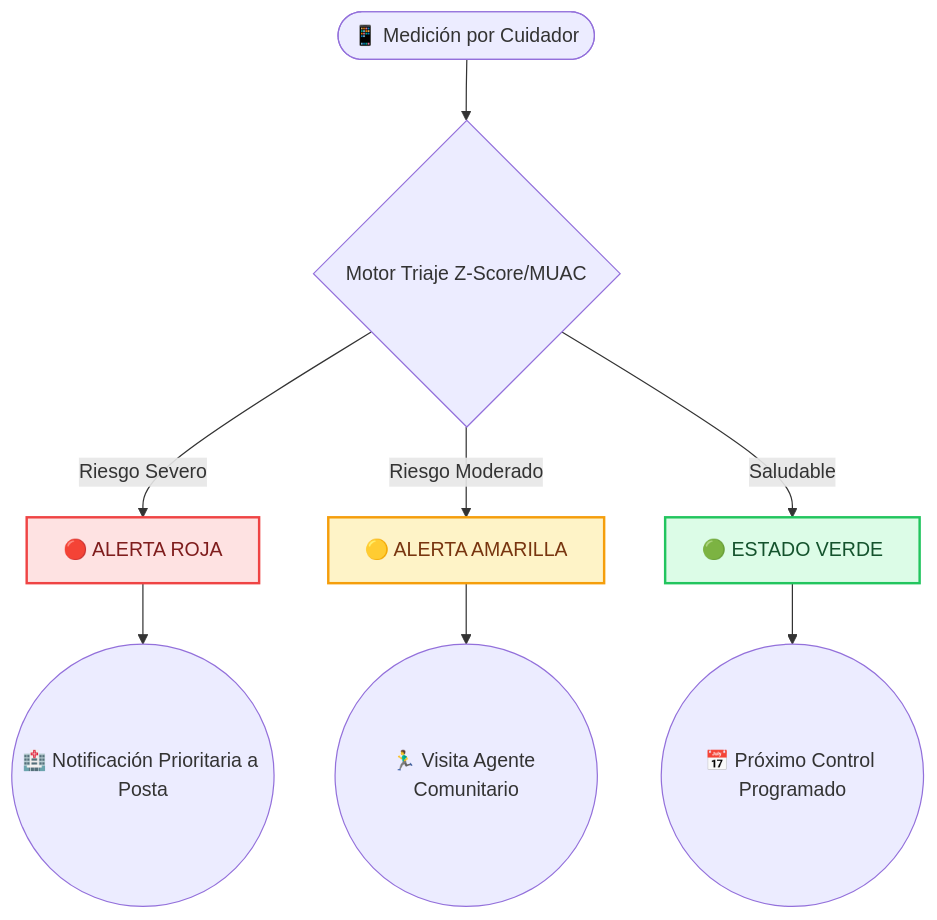
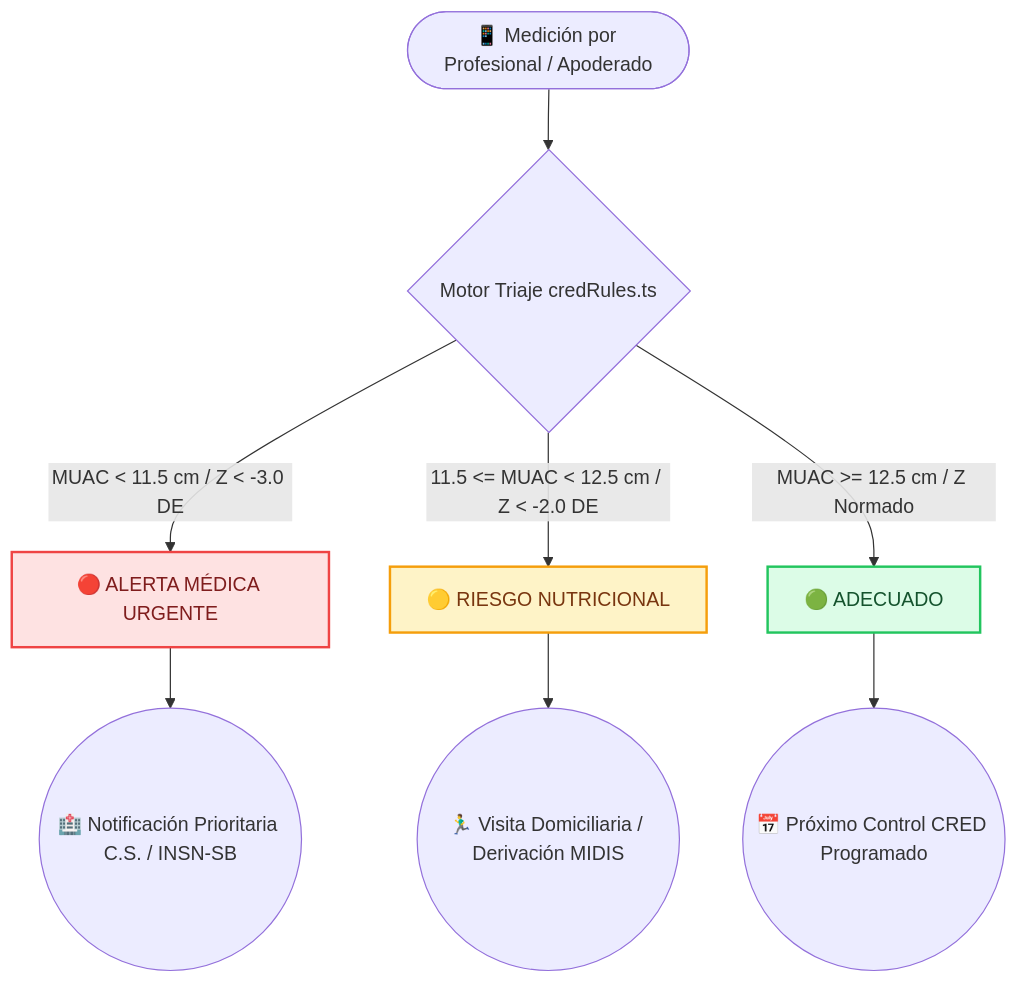
Before and after one commit to luzylay/NutriCRED-PWA: the diagram in docs/CLINICAL_RULES.md, drawn with Mermaid. The commit also changed other lines of this file and 5 other files, not shown here.

````diff
--- a/docs/CLINICAL_RULES.md
+++ b/docs/CLINICAL_RULES.md
@@ -7,15 +9,15 @@
 ```mermaid
 graph TD
-    A([📱 Medición por Cuidador]) --> B{Motor Triaje Z-Score/MUAC}
-    B -->|Riesgo Severo| C[🔴 ALERTA ROJA]
-    B -->|Riesgo Moderado| D[🟡 ALERTA AMARILLA]
-    B -->|Saludable| E[🟢 ESTADO VERDE]
+    A([📱 Medición por Profesional / Apoderado]) --> B{Motor Triaje credRules.ts}
+    B -->|MUAC < 11.5 cm / Z < -3.0 DE| C[🔴 ALERTA MÉDICA URGENTE]
+    B -->|11.5 <= MUAC < 12.5 cm / Z < -2.0 DE| D[🟡 RIESGO NUTRICIONAL]
+    B -->|MUAC >= 12.5 cm / Z Normado| E[🟢 ADECUADO]
     
-    C --> F((🏥 Notificación Prioritaria a Posta))
-    D --> G((🏃‍♂️ Visita Agente Comunitario))
-    E --> H((📅 Próximo Control Programado))
+    C --> F((🏥 Notificación Prioritaria C.S. / INSN-SB))
+    D --> G((🏃‍♂️ Visita Domiciliaria / Derivación MIDIS))
+    E --> H((📅 Próximo Control CRED Programado))
     
     style C fill:#fee2e2,stroke:#ef4444,stroke-width:2px,color:#7f1d1d
     style D fill:#fef3c7,stroke:#f59e0b,stroke-width:2px,color:#78350f
     style E fill:#dcfce7,stroke:#22c55e,stroke-width:2px,color:#14532d
 ```
````
